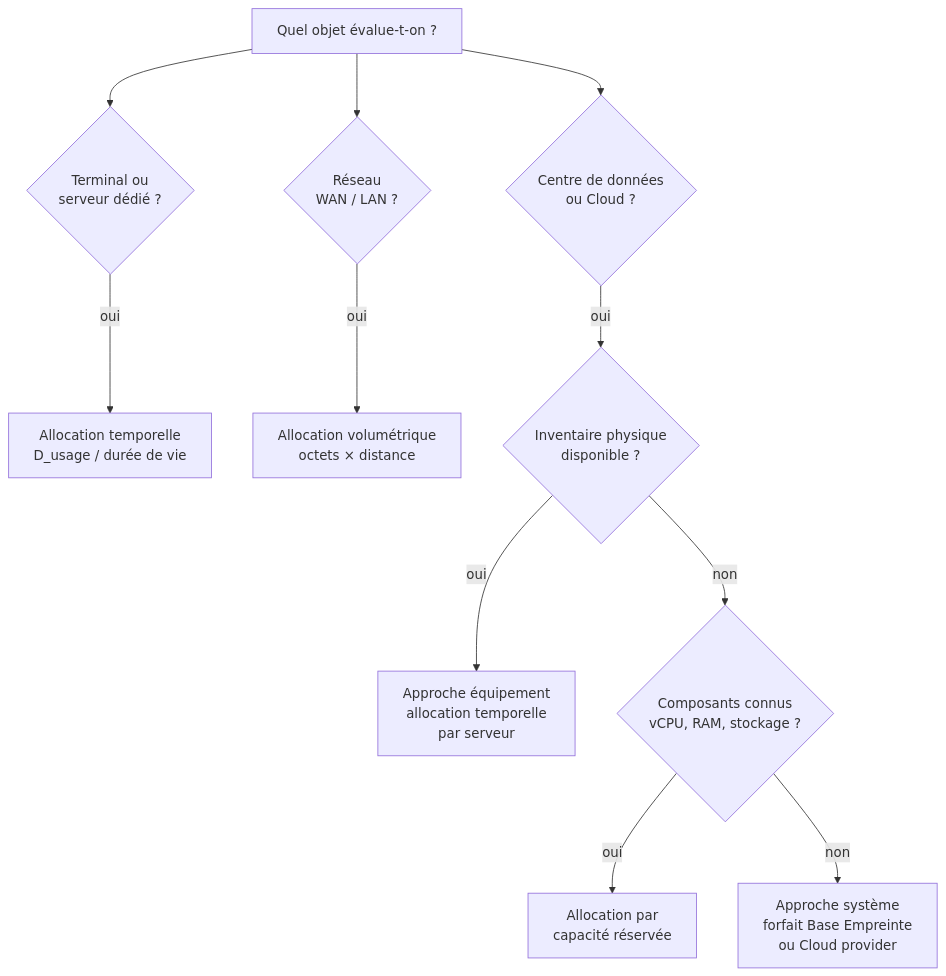
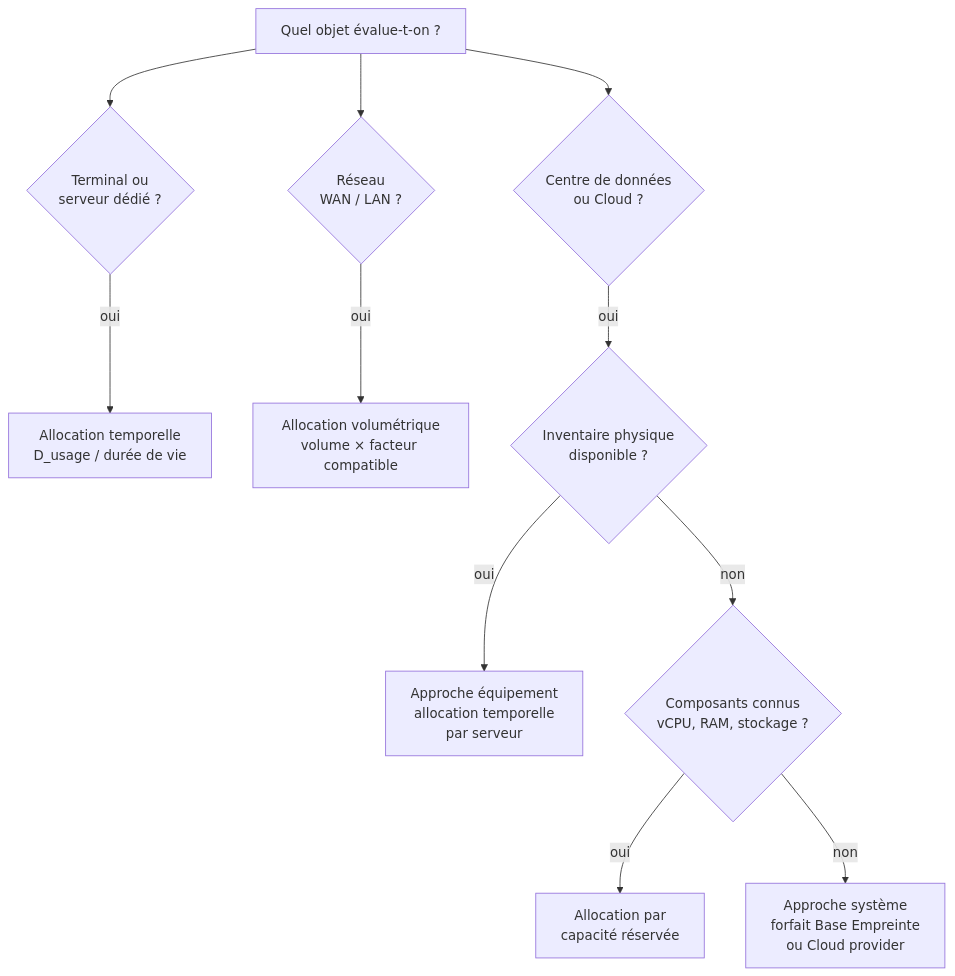
The diagram in docs/regles/allocation-et-partage-des-impacts.md (digital4better/methodology), drawn with Mermaid before and after one commit. The commit also changed other lines of this file and 193 other files, not shown here.

````diff
--- a/docs/regles/allocation-et-partage-des-impacts.md
+++ b/docs/regles/allocation-et-partage-des-impacts.md
@@ -123,13 +133,13 @@
 ```mermaid
 flowchart TD
     A[Quel objet évalue-t-on ?] --> B{Terminal ou<br>serveur dédié ?}
     A --> C{Réseau<br>WAN / LAN ?}
     A --> D{Centre de données<br>ou Cloud ?}
     B -- oui --> E[Allocation temporelle<br>D_usage / durée de vie]
-    C -- oui --> F[Allocation volumétrique<br>octets × distance]
+    C -- oui --> F[Allocation volumétrique<br>volume × facteur compatible]
     D -- oui --> G{Inventaire physique<br>disponible ?}
     G -- oui --> H[Approche équipement<br>allocation temporelle<br>par serveur]
     G -- non --> I{Composants connus<br>vCPU, RAM, stockage ?}
     I -- oui --> J[Allocation par<br>capacité réservée]
     I -- non --> K[Approche système<br>forfait Base Empreinte<br>ou Cloud provider]
 ```
````
